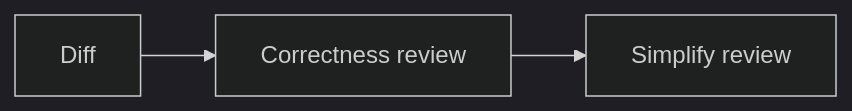
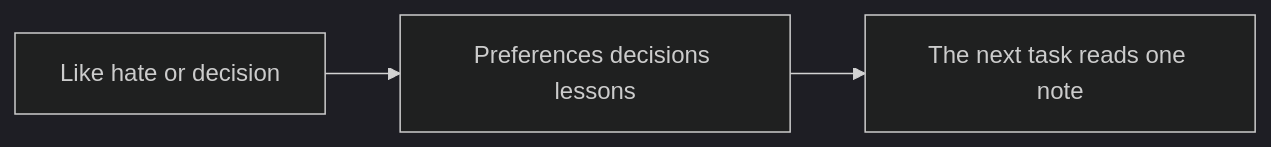
Before and after one commit to mahik504/orchestra-workflow: the eighth of 10 diagrams in README.md, drawn with Mermaid (dark theme). The commit also changed other lines of this file and 416 other files, not shown here.

````diff
--- a/README.md
+++ b/README.md
@@ -77,5 +142,5 @@
 ```mermaid
 flowchart LR
-  diff[Diff] --> correct[Correctness review]
-  correct --> simple[Simplify review]
+  signal[Like hate or decision] --> notes[Preferences decisions lessons]
+  notes --> next[The next task reads one note]
 ```
````
